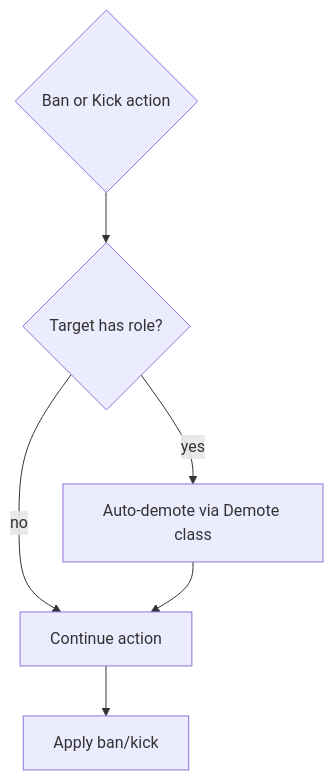
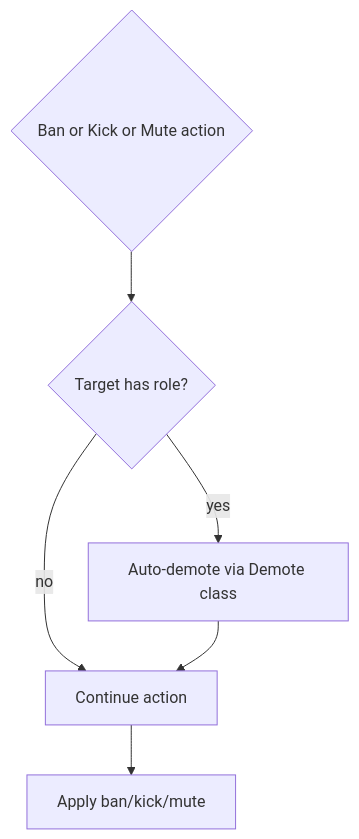
The second of 2 diagrams in docs/role-detailed.md (D1ZZY4/tcbot), drawn with Mermaid before and after one commit. The commit also changed other lines of this file and 11 other files, not shown here.

````diff
--- a/docs/role-detailed.md
+++ b/docs/role-detailed.md
@@ -23,8 +23,8 @@
 ```mermaid
 flowchart TD
-    Action{Ban or Kick action} --> RoleCheck{Target has role?}
+    Action{Ban or Kick or Mute action} --> RoleCheck{Target has role?}
     RoleCheck -->|yes| AutoDemote[Auto-demote via Demote class]
     RoleCheck -->|no| Continue[Continue action]
     AutoDemote --> Continue
-    Continue --> Apply[Apply ban/kick]
+    Continue --> Apply[Apply ban/kick/mute]
 ```
````
